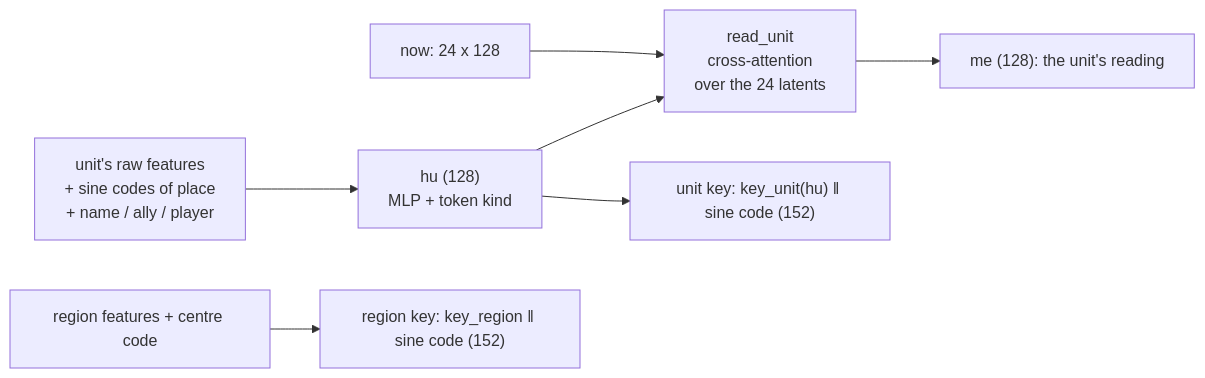
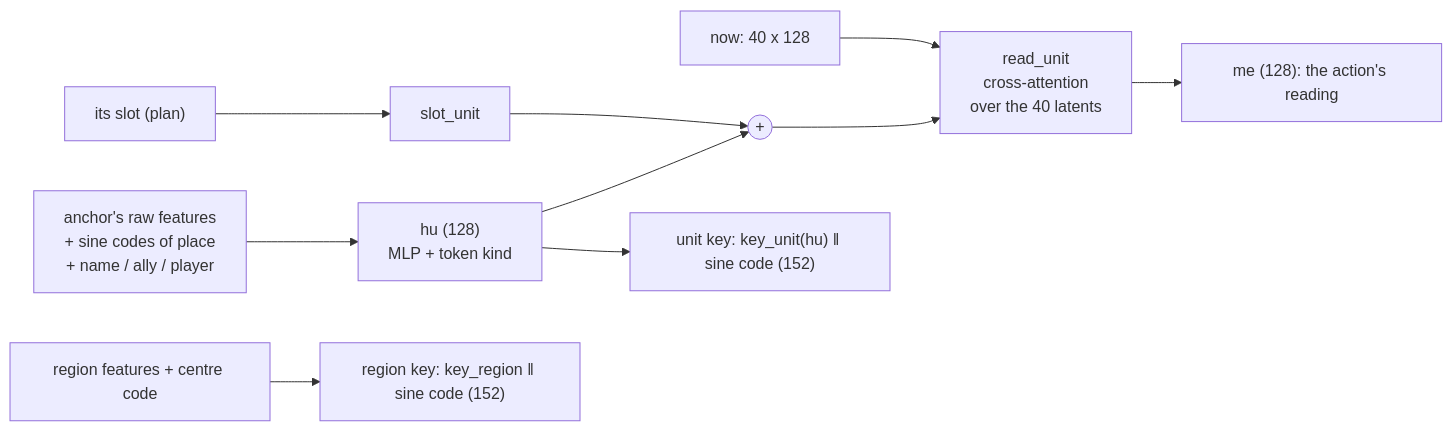
The sixth of 11 diagrams in docs/model.md (pts1667/zk-ArenaAI), drawn with Mermaid before and after one commit. The commit also changed other lines of this file and 47 other files, not shown here.

````diff
--- a/docs/model.md
+++ b/docs/model.md
@@ -177,9 +205,12 @@
 ```mermaid
 flowchart LR
-    X["unit's raw features<br/>+ sine codes of place<br/>+ name / ally / player"] --> HU["hu (128)<br/>MLP + token kind"]
-    HU --> RU["read_unit<br/>cross-attention<br/>over the 24 latents"]
-    NOW["now: 24 x 128"] --> RU
-    RU --> ME["me (128): the unit's reading"]
+    X["anchor's raw features<br/>+ sine codes of place<br/>+ name / ally / player"] --> HU["hu (128)<br/>MLP + token kind"]
+    SL["its slot (plan)"] --> PJ["slot_unit"]
+    HU --> ADD(("+"))
+    PJ --> ADD
+    ADD --> RU["read_unit<br/>cross-attention<br/>over the 40 latents"]
+    NOW["now: 40 x 128"] --> RU
+    RU --> ME["me (128): the action's reading"]
     HU --> KU["unit key: key_unit(hu) ‖ sine code (152)"]
     RX["region features + centre code"] --> KR["region key: key_region ‖ sine code (152)"]
 ```
````
